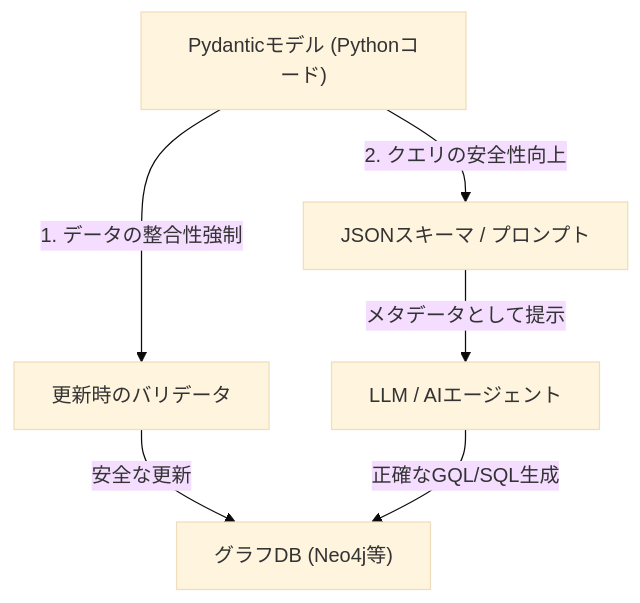
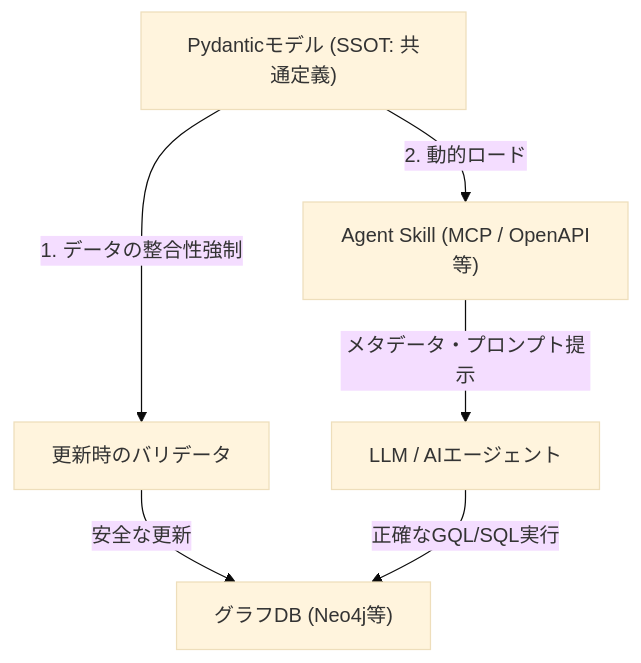
One commit to yohei1126/zenn changed the second of 2 diagrams in articles/2026-05-30-vkg-strategy3.md. Above: the diagram before and after it, drawn with Mermaid (base theme). The commit also changed other lines of this file, not shown here.

Commit message:
Update Agent Skill definition with SSOT principles and portable open standards

````diff
--- a/articles/2026-05-30-vkg-strategy3.md
+++ b/articles/2026-05-30-vkg-strategy3.md
@@ -158,9 +158,10 @@
 ```mermaid
 graph TD
-    PydanticModel["Pydanticモデル (Pythonコード)"]
+    PydanticModel["Pydanticモデル (SSOT: 共通定義)"]
     PydanticModel -->|1. データの整合性強制| WriteValidation["更新時のバリデータ"]
     WriteValidation -->|安全な更新| GraphDB["グラフDB (Neo4j等)"]
-    PydanticModel -->|2. クエリの安全性向上| JSONSchema["JSONスキーマ / プロンプト"]
-    JSONSchema -->|メタデータとして提示| LLMAgent["LLM / AIエージェント"]
-    LLMAgent -->|正確なGQL/SQL生成| GraphDB
+    
+    PydanticModel -->|2. 動的ロード| AgentSkill["Agent Skill (MCP / OpenAPI等)"]
+    AgentSkill -->|メタデータ・プロンプト提示| LLMAgent["LLM / AIエージェント"]
+    LLMAgent -->|正確なGQL/SQL実行| GraphDB
 ```
````
